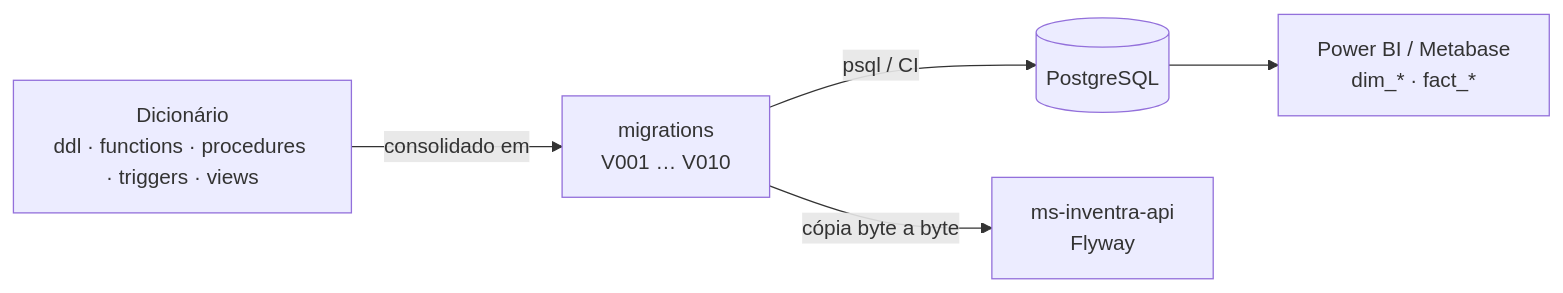
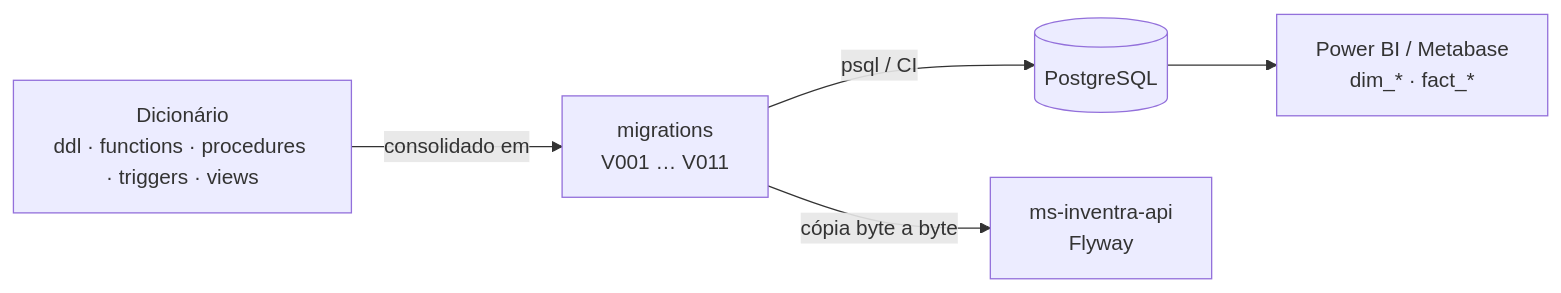
One commit to InventraTech/inventra-data-modeling-2 changed the diagram in README.md. Above: the diagram before and after it, drawn with Mermaid. The commit also changed other lines of this file and 22 other files, not shown here.

````diff
--- a/README.md
+++ b/README.md
@@ -44,7 +45,7 @@
 ```mermaid
 flowchart LR
-    D["Dicionário<br/>ddl · functions · procedures · triggers · views"] -->|consolidado em| M["migrations<br/>V001 … V010"]
+    D["Dicionário<br/>ddl · functions · procedures · triggers · views"] -->|consolidado em| M["migrations<br/>V001 … V011"]
     M -->|psql / CI| DB[("PostgreSQL")]
     M -->|cópia byte a byte| API["ms-inventra-api<br/>Flyway"]
     DB --> BI["Power BI / Metabase<br/>dim_* · fact_*"]
 ```
````
